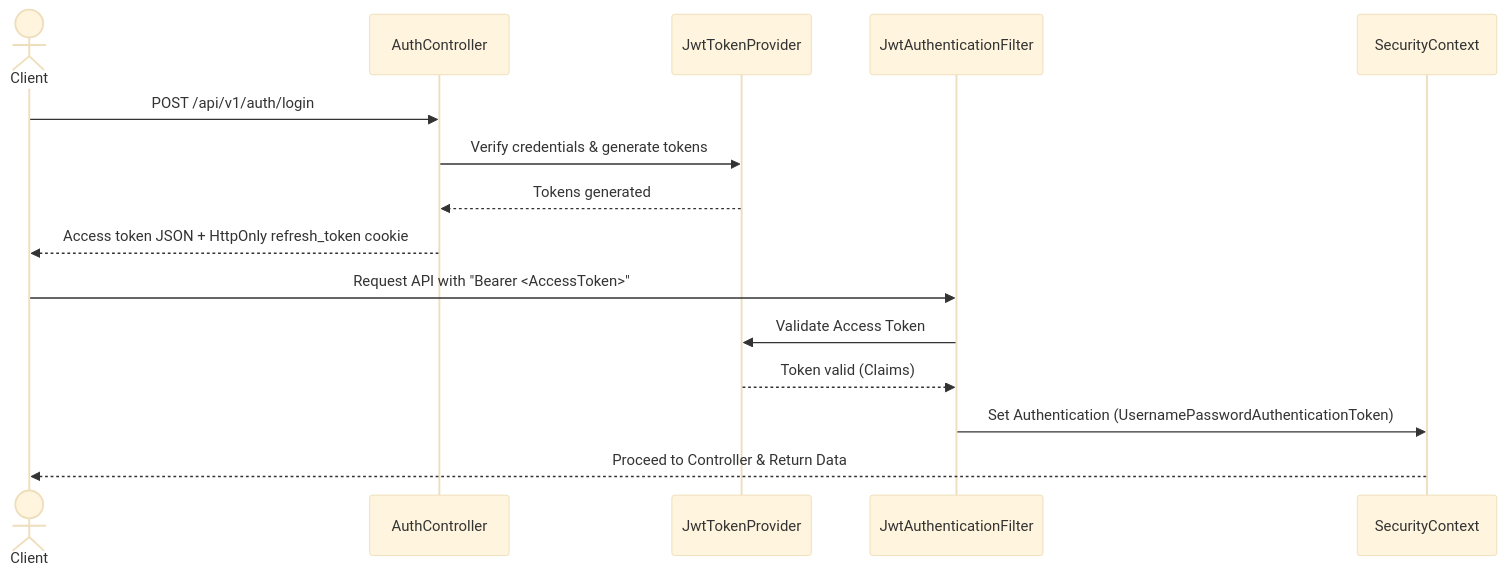
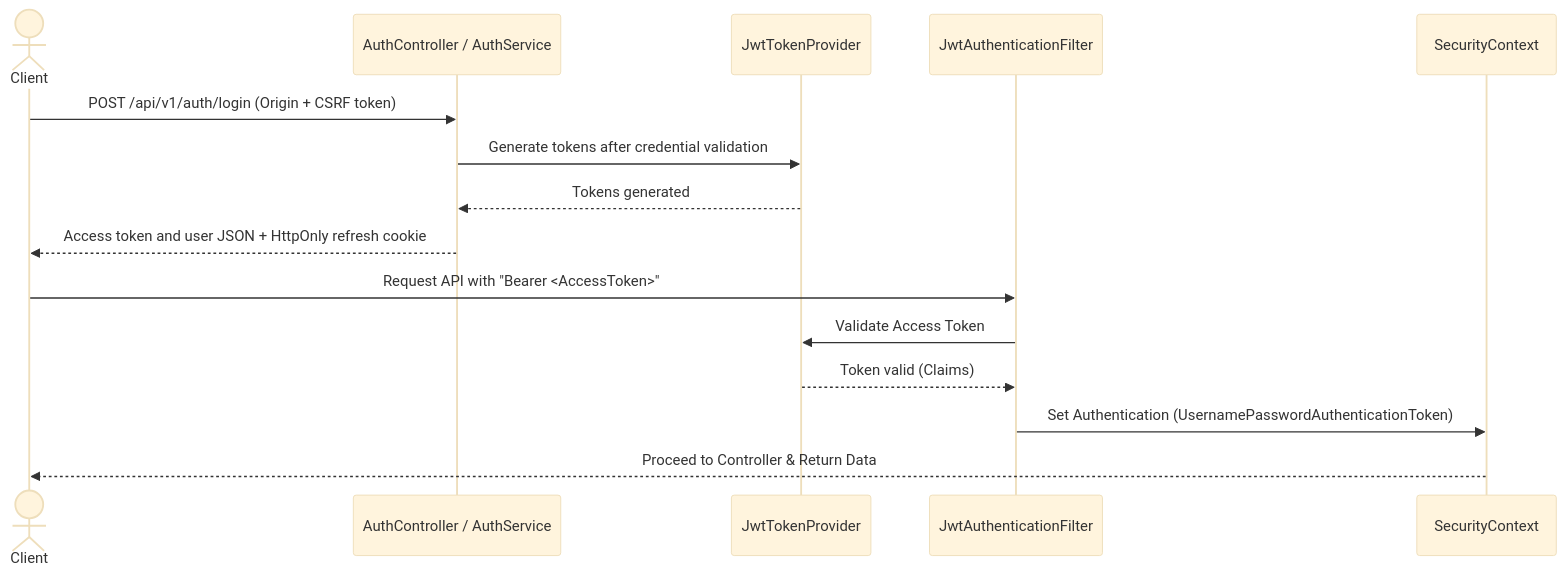
One commit to TrinhDacNhatMinh/payment-system-backend changed the fourth of 4 diagrams in README.md. Above: the diagram before and after it, drawn with Mermaid (base theme). The commit also changed other lines of this file and 4 other files, not shown here.

Commit message:
fix(auth): return 401 for unknown refresh tokens

````diff
--- a/README.md
+++ b/README.md
@@ -315,18 +241,18 @@
 ```mermaid
 sequenceDiagram
     actor Client
-    participant Controller as AuthController
+    participant Controller as AuthController / AuthService
     participant Provider as JwtTokenProvider
     participant Filter as JwtAuthenticationFilter
     participant Context as SecurityContext
 
-    Client->>Controller: POST /api/v1/auth/login
-    Controller->>Provider: Verify credentials & generate tokens
+    Client->>Controller: POST /api/v1/auth/login (Origin + CSRF token)
+    Controller->>Provider: Generate tokens after credential validation
     Provider-->>Controller: Tokens generated
-    Controller-->>Client: Access token JSON + HttpOnly refresh_token cookie
+    Controller-->>Client: Access token and user JSON + HttpOnly refresh cookie
     Client->>Filter: Request API with "Bearer <AccessToken>"
     Filter->>Provider: Validate Access Token
     Provider-->>Filter: Token valid (Claims)
     Filter->>Context: Set Authentication (UsernamePasswordAuthenticationToken)
     Context-->>Client: Proceed to Controller & Return Data
 ```
````
